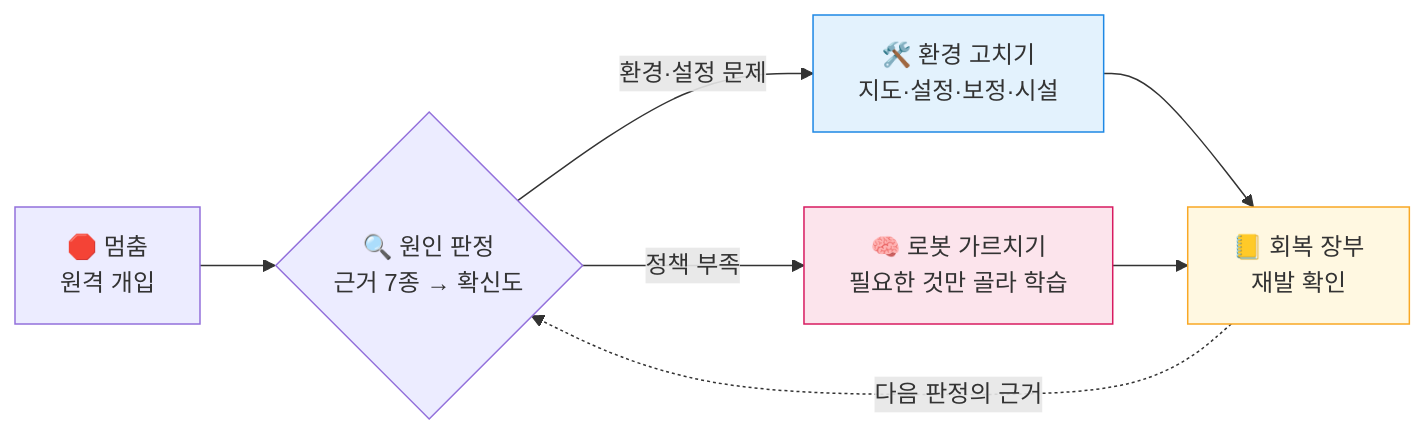
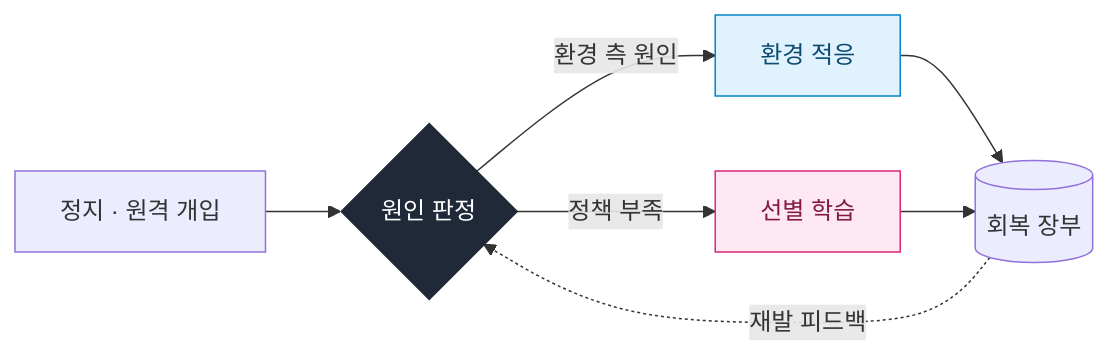
The first of 3 diagrams in README.md (CauseMotion/D2SF_CauseMotion), drawn with Mermaid before and after one commit. The commit also changed other lines of this file, not shown here.

````diff
--- a/README.md
+++ b/README.md
@@ -46,13 +53,16 @@
 ```mermaid
 flowchart LR
-    A["🛑 멈춤<br/>원격 개입"] --> B{"🔍 원인 판정<br/>근거 7종 → 확신도"}
-    B -->|환경·설정 문제| C["🛠️ 환경 고치기<br/>지도·설정·보정·시설"]
-    B -->|정책 부족| D["🧠 로봇 가르치기<br/>필요한 것만 골라 학습"]
-    C --> E["📒 회복 장부<br/>재발 확인"]
+    A[정지 · 원격 개입] --> B{원인 판정}
+    B -->|환경 측 원인| C[환경 적응]
+    B -->|정책 부족| D[선별 학습]
+    C --> E[(회복 장부)]
     D --> E
-    E -. 다음 판정의 근거 .-> B
+    E -. 재발 피드백 .-> B
 
-    style C fill:#e3f2fd,stroke:#1e88e5
-    style D fill:#fce4ec,stroke:#d81b60
-    style E fill:#fff8e1,stroke:#f9a825
+    classDef core fill:#1f2937,color:#fff,stroke:#1f2937
+    classDef env fill:#e0f2fe,stroke:#0284c7,color:#0c4a6e
+    classDef learn fill:#fce7f3,stroke:#db2777,color:#831843
+    class B core
+    class C env
+    class D learn
 ```
````
